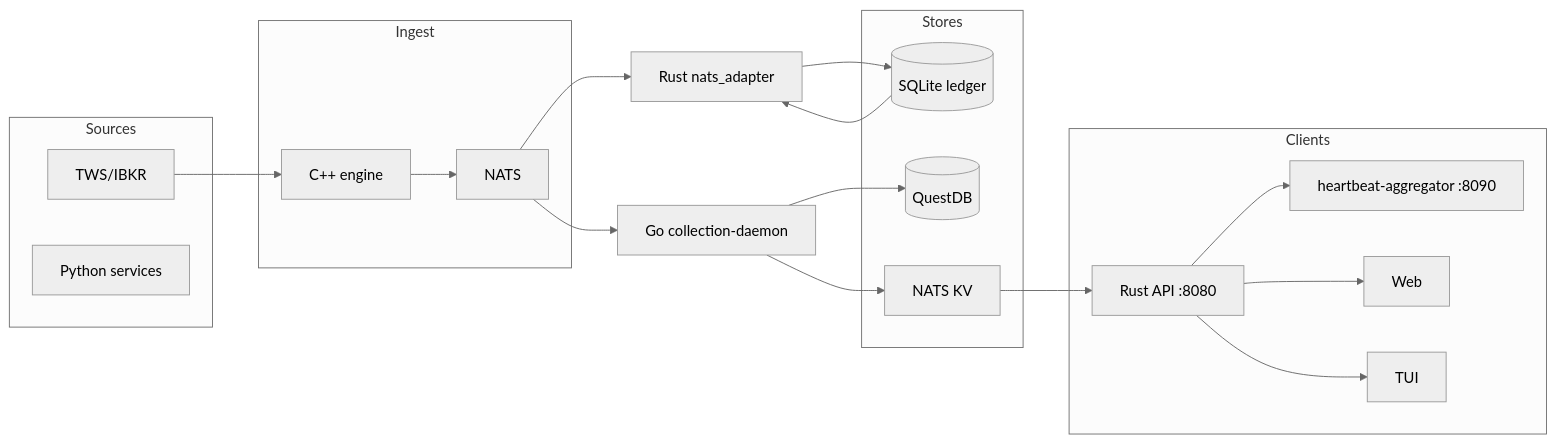
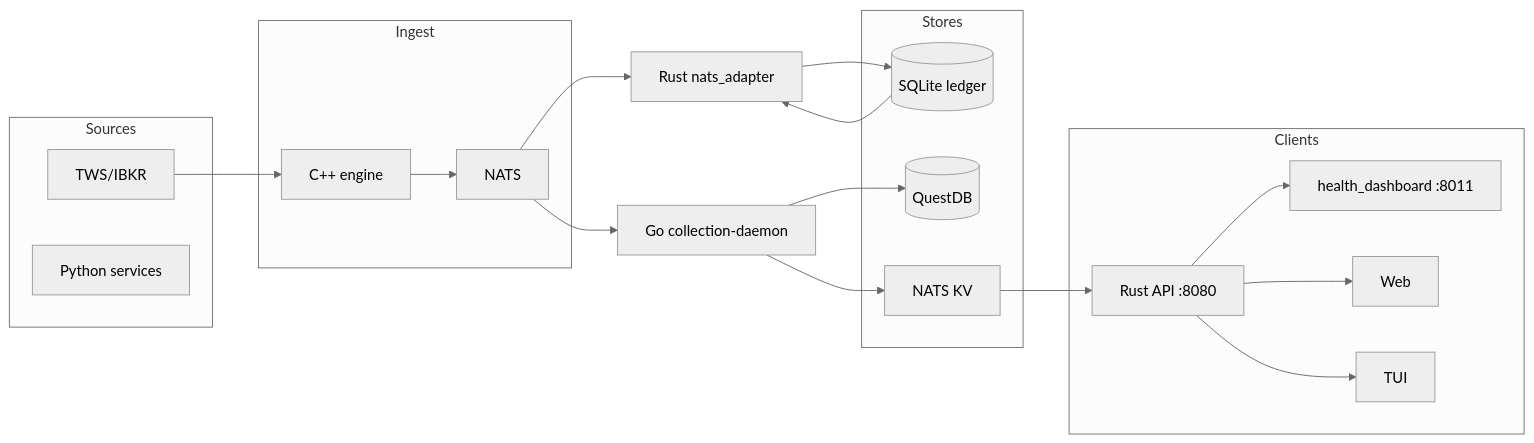
One commit to davidl71/Aether changed the diagram in docs/platform/DATAFLOW_ARCHITECTURE.md. Above: the diagram before and after it, drawn with Mermaid (neutral theme). The commit also changed other lines of this file and 9 other files, not shown here.

Commit message:
Retire Go heartbeat aggregator

````diff
--- a/docs/platform/DATAFLOW_ARCHITECTURE.md
+++ b/docs/platform/DATAFLOW_ARCHITECTURE.md
@@ -257,34 +256,34 @@
 ```mermaid
 flowchart LR
   subgraph sources [Sources]
     TWS[TWS/IBKR]
     Python[Python services]
   end
   subgraph ingest [Ingest]
     Cpp[C++ engine]
     Nats[NATS]
   end
   subgraph stores [Stores]
     Ledger[(SQLite ledger)]
     QDB[(QuestDB)]
     KV[NATS KV]
   end
   subgraph clients [Clients]
     RustApi[Rust API :8080]
-    Heartbeat[heartbeat-aggregator :8090]
+    HealthDash[health_dashboard :8011]
     Web[Web]
     TUI[TUI]
   end
   TWS --> Cpp
   Cpp --> Nats
   Nats --> Collector[Go collection-daemon]
   Nats --> Rust[Rust nats_adapter]
   Collector --> QDB
   Collector --> KV
   Rust --> Ledger
   RustApi --> Web
   RustApi --> TUI
   Ledger --> Rust
   KV --> RustApi
-  RustApi --> Heartbeat
+  RustApi --> HealthDash
 ```
````
